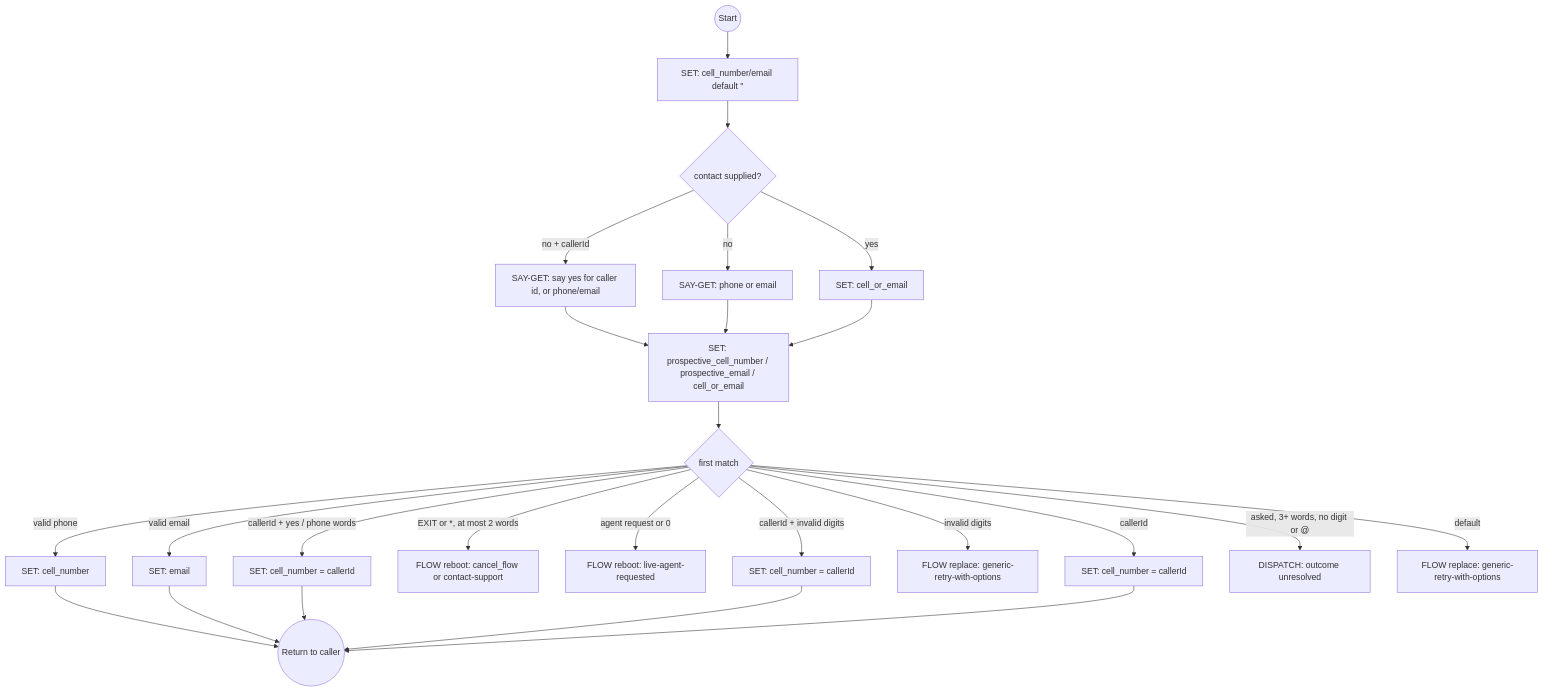
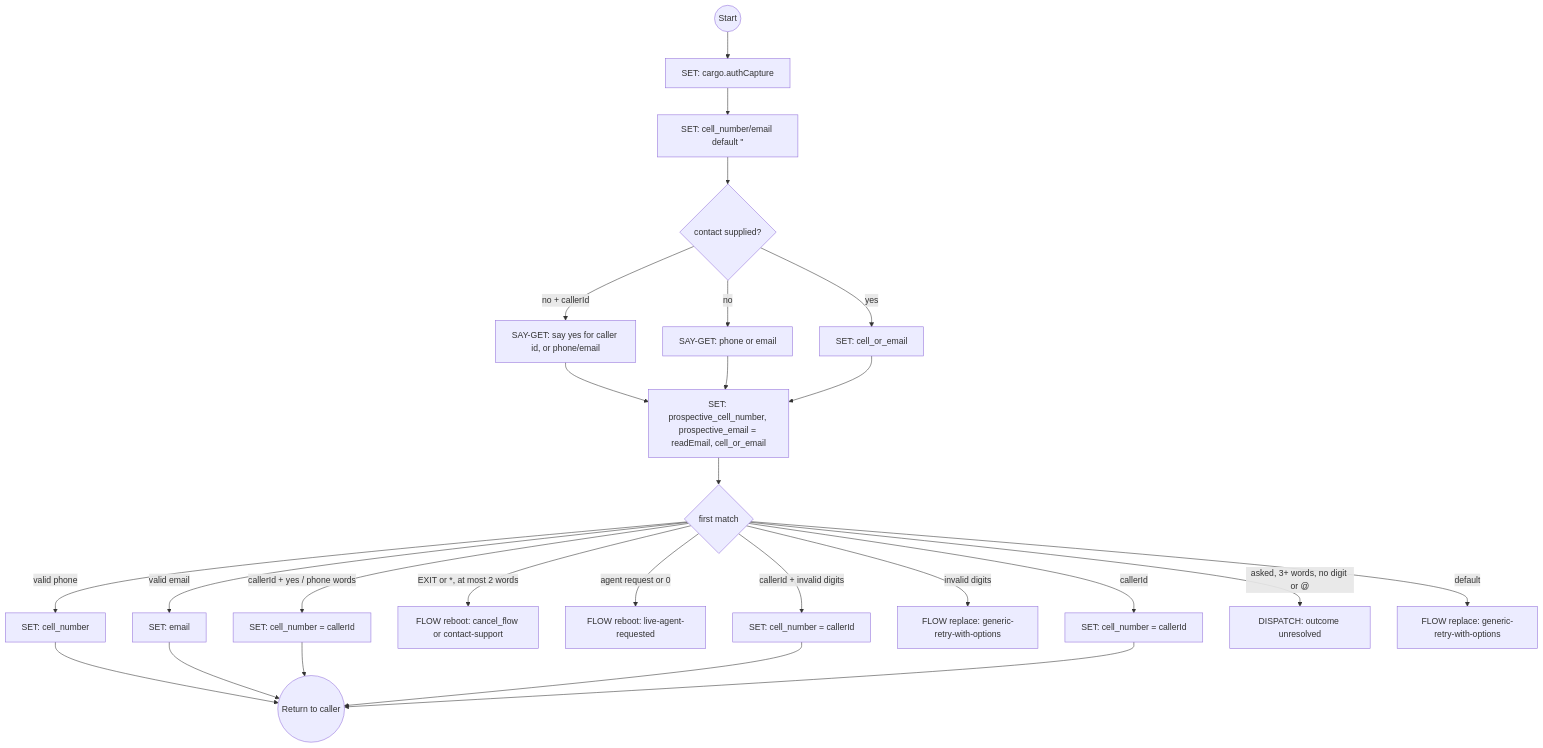
One commit to ronpinkas/jsfe changed the sixth of 21 diagrams in docs/system-flows.md. Above: the diagram before and after it, drawn with Mermaid. The commit also changed other lines of this file and 2 other files, not shown here.

Commit message:
flows and docs: synced from prod (AIDevelopment 467187f / ac305f0): one contact reader, the generic workers (ask-choice, ask-email, ask-address, ask-field, card-entry) in system, retry_returns; geocode tools call the backend (no key); docs for the generic workers and the contact readers

````diff
--- a/docs/system-flows.md
+++ b/docs/system-flows.md
@@ -317,27 +350,28 @@
 ```mermaid
 graph TD
-    start((Start)) --> guards[SET: cell_number/email default '']
+    start((Start)) --> capture_patterns[SET: cargo.authCapture]
+    capture_patterns --> guards[SET: cell_number/email default '']
     guards --> ask{contact supplied?}
     ask -->|no + callerId| ask_with_caller_id[SAY-GET: say yes for caller id, or phone/email]
     ask -->|no| ask_plain[SAY-GET: phone or email]
     ask -->|yes| use_provided[SET: cell_or_email]
-    ask_with_caller_id --> normalize[SET: prospective_cell_number / prospective_email / cell_or_email]
+    ask_with_caller_id --> normalize["SET: prospective_cell_number, prospective_email = readEmail, cell_or_email"]
     ask_plain --> normalize
     use_provided --> normalize
     normalize --> branch{first match}
     branch -->|valid phone| valid_phone[SET: cell_number]
     branch -->|valid email| valid_email[SET: email]
     branch -->|callerId + yes / phone words| use_caller_id[SET: cell_number = callerId]
     branch -->|EXIT or *, at most 2 words| abort_process["FLOW reboot: cancel_flow or contact-support"]
     branch -->|agent request or 0| goto_live_agent[FLOW reboot: live-agent-requested]
     branch -->|callerId + invalid digits| fallback_invalid[SET: cell_number = callerId]
     branch -->|invalid digits| invalid_phone[FLOW replace: generic-retry-with-options]
     branch -->|callerId| fallback_unrecognized[SET: cell_number = callerId]
     branch -->|asked, 3+ words, no digit or @| off_topic["DISPATCH: outcome unresolved"]
     branch -->|default| retry[FLOW replace: generic-retry-with-options]
     valid_phone --> stop((Return to caller))
     valid_email --> stop
     use_caller_id --> stop
     fallback_invalid --> stop
     fallback_unrecognized --> stop
 ```
````
